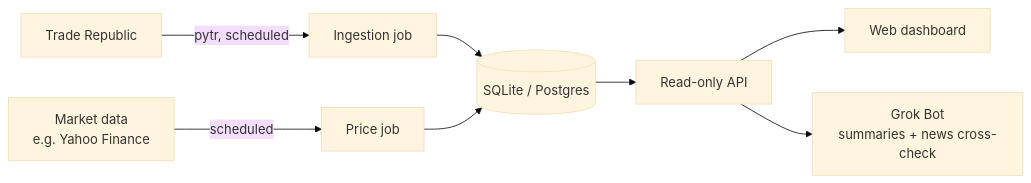
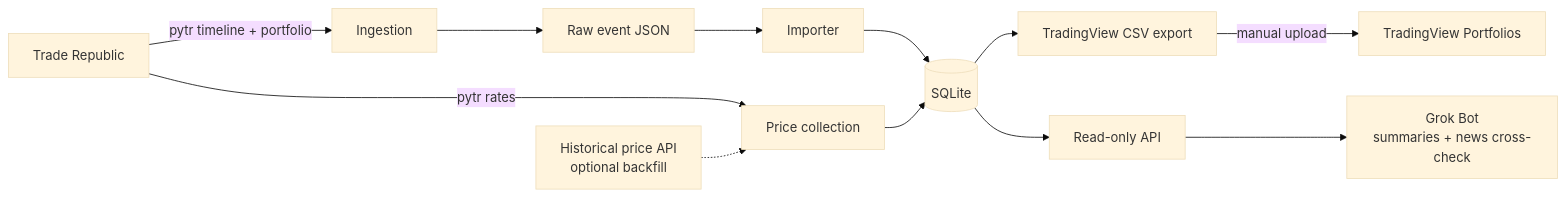
The diagram in README.md (maximilianpw/portfolio-tracker), drawn with Mermaid (base theme) before and after one commit. The commit also changed other lines of this file, not shown here.

Commit message:
docs: revise plan for Rust, TradingView export and price collection

````diff
--- a/README.md
+++ b/README.md
@@ -24,10 +27,14 @@
 ```mermaid
 flowchart LR
-  TR[Trade Republic] -->|pytr, scheduled| ING[Ingestion job]
-  YF[Market data<br/>e.g. Yahoo Finance] -->|scheduled| PRC[Price job]
-  ING --> DB[(SQLite / Postgres)]
+  TR[Trade Republic] -->|pytr timeline + portfolio| ING[Ingestion]
+  ING --> RAW[Raw event JSON]
+  RAW --> IMP[Importer]
+  IMP --> DB[(SQLite)]
+  TR -->|pytr rates| PRC[Price collection]
+  HIST[Historical price API<br/>optional backfill] -.-> PRC
   PRC --> DB
+  DB --> CSV[TradingView CSV export]
+  CSV -->|manual upload| TV[TradingView Portfolios]
   DB --> API[Read-only API]
-  API --> UI[Web dashboard]
   API --> BOT[Grok Bot<br/>summaries + news cross-check]
 ```
````
